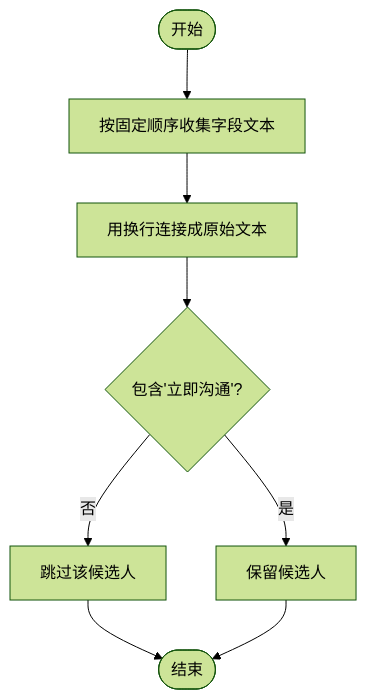
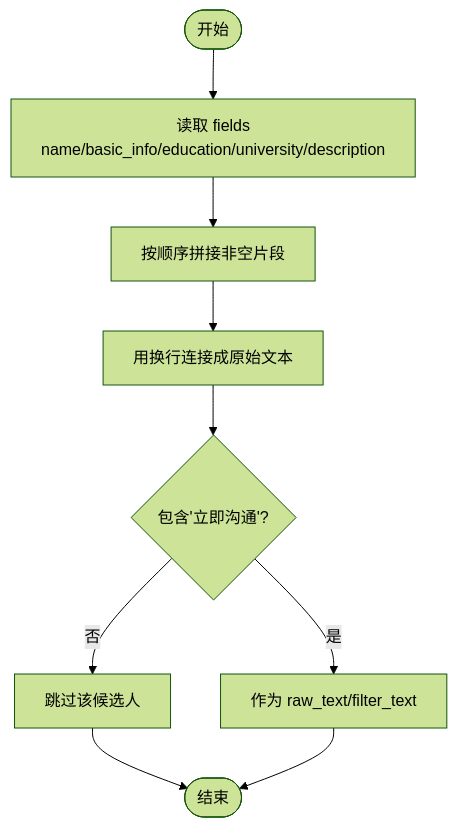
Before and after one commit to alvinwangzi/goodhr: the third of 7 diagrams in .qoder/repowiki/zh/content/本地执行器/平台适配器/猎聘适配器/运行时管理.md, drawn with Mermaid (forest theme). The commit also changed other lines of this file and 149 other files, not shown here.

````diff
--- a/.qoder/repowiki/zh/content/本地执行器/平台适配器/猎聘适配器/运行时管理.md
+++ b/.qoder/repowiki/zh/content/本地执行器/平台适配器/猎聘适配器/运行时管理.md
@@ -237,10 +157,11 @@
 ```mermaid
 flowchart TD
-S(["开始"]) --> BuildParts["按固定顺序收集字段文本"]
-BuildParts --> Join["用换行连接成原始文本"]
-Join --> CheckKey{"包含'立即沟通'?"}
-CheckKey --> |否| Skip["跳过该候选人"]
-CheckKey --> |是| Keep["保留候选人"]
-Skip --> E(["结束"])
-Keep --> E
+Start(["开始"]) --> ReadFields["读取 fields<br/>name/basic_info/education/university/description"]
+ReadFields --> BuildParts["按顺序拼接非空片段"]
+BuildParts --> JoinText["用换行连接成原始文本"]
+JoinText --> CheckGreet{"包含'立即沟通'?"}
+CheckGreet -- 否 --> Skip["跳过该候选人"]
+CheckGreet -- 是 --> UseRaw["作为 raw_text/filter_text"]
+Skip --> End(["结束"])
+UseRaw --> End
 ```
````
